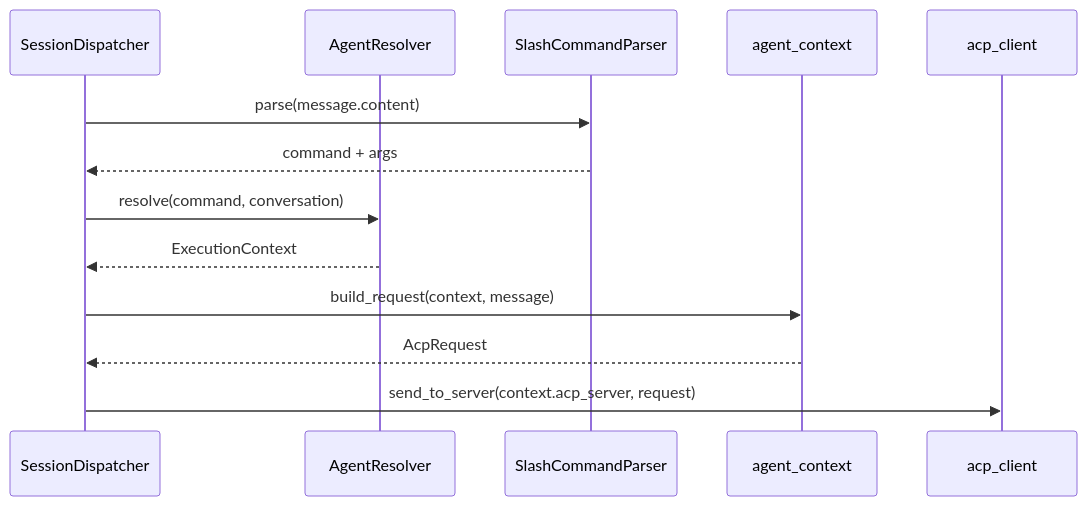
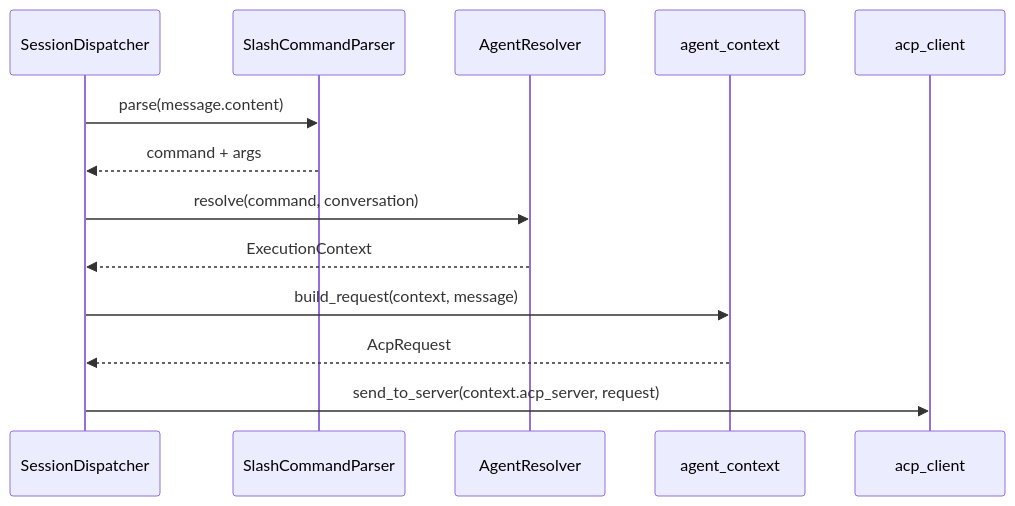
The second of 4 diagrams in docs/architecture/40-agent-skill-command.md (zhuxining/MindClaw), drawn with Mermaid before and after one commit. The commit also changed other lines of this file and 63 other files, not shown here.

````diff
--- a/docs/architecture/40-agent-skill-command.md
+++ b/docs/architecture/40-agent-skill-command.md
@@ -58,16 +79,16 @@
 ```mermaid
 sequenceDiagram
     participant SD as SessionDispatcher
-    participant AG as AgentResolver
     participant CP as SlashCommandParser
+    participant AR as AgentResolver
     participant ACX as agent_context
     participant ACP as acp_client
 
     SD->>CP: parse(message.content)
     CP-->>SD: command + args
-    SD->>AG: resolve(command, conversation)
-    AG-->>SD: ExecutionContext
+    SD->>AR: resolve(command, conversation)
+    AR-->>SD: ExecutionContext
     SD->>ACX: build_request(context, message)
     ACX-->>SD: AcpRequest
     SD->>ACP: send_to_server(context.acp_server, request)
 ```
````
